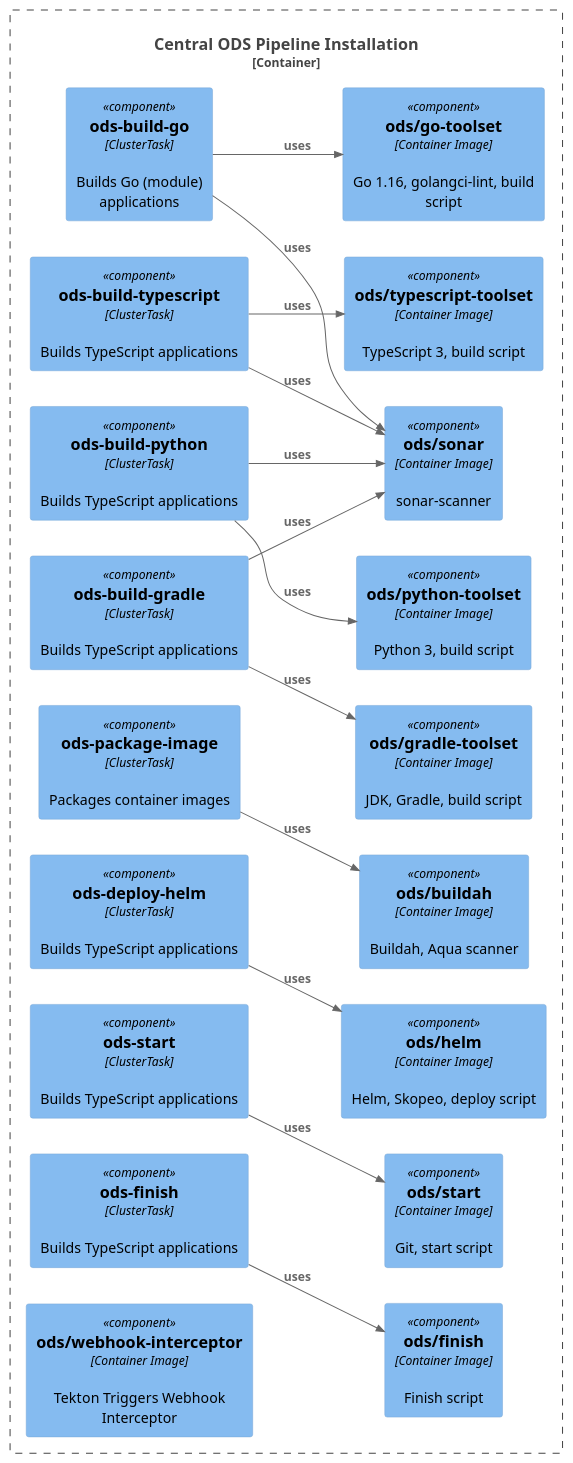
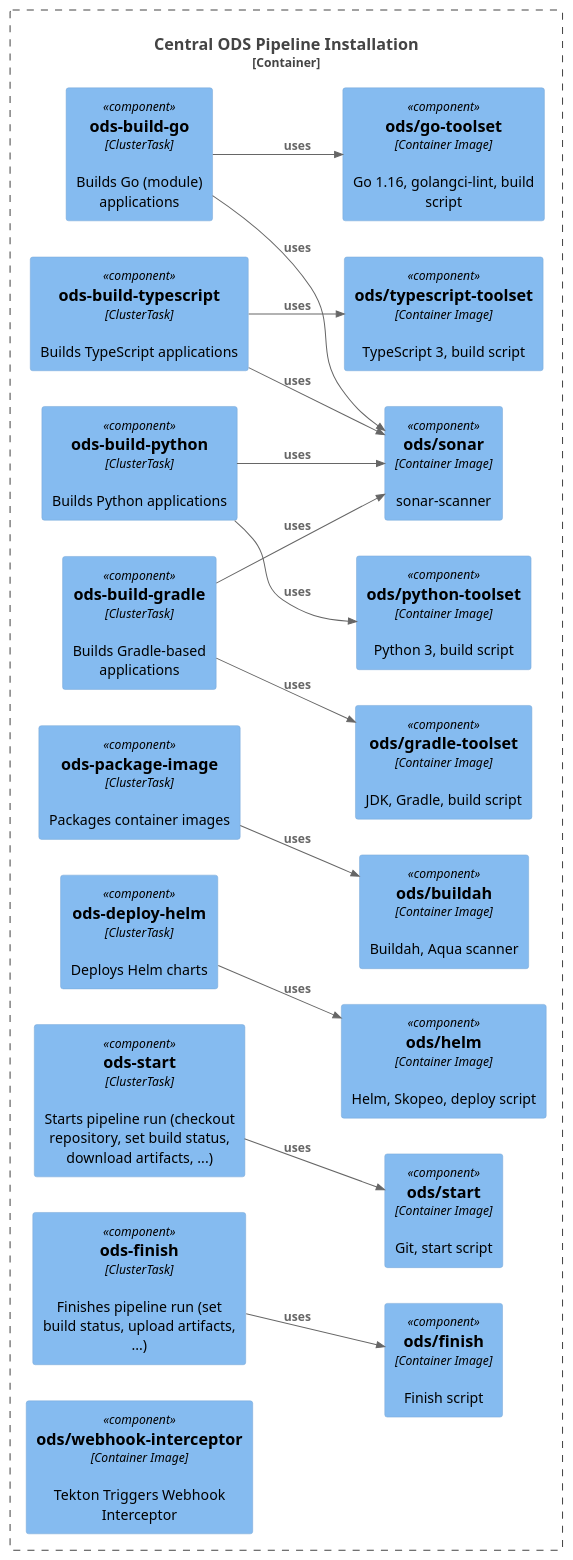
Before and after one commit to opendevstack/ods-pipeline: the diagram in docs/architecture/component-central-installation.puml, drawn with PlantUML.

Commit message:
Fix copy-paste errors in architecture doc
[ci skip]

```diff
--- a/docs/architecture/component-central-installation.puml
+++ b/docs/architecture/component-central-installation.puml
@@ -1,59 +1,59 @@
 @startuml "central-installation"
 !include https://raw.githubusercontent.com/plantuml-stdlib/C4-PlantUML/master/C4_Container.puml
 !include https://raw.githubusercontent.com/plantuml-stdlib/C4-PlantUML/master/C4_Component.puml
 ' uncomment the following line and comment the first to use locally
 ' !include C4_Container.puml
 
 LAYOUT_LEFT_RIGHT()
 
 Container_Boundary(c1, "Central ODS Pipeline Installation"){
     Component(task_build_go, "ods-build-go", "ClusterTask", "Builds Go (module) applications")
     Component(image_go_toolset, "ods/go-toolset", "Container Image", "Go 1.16, golangci-lint, build script")
 
     Component(task_build_typescript, "ods-build-typescript", "ClusterTask", "Builds TypeScript applications")
     Component(image_typescript_toolset, "ods/typescript-toolset", "Container Image", "TypeScript 3, build script")
 
-    Component(task_build_python, "ods-build-python", "ClusterTask", "Builds TypeScript applications")
+    Component(task_build_python, "ods-build-python", "ClusterTask", "Builds Python applications")
     Component(image_python_toolset, "ods/python-toolset", "Container Image", "Python 3, build script")
 
-    Component(task_build_gradle, "ods-build-gradle", "ClusterTask", "Builds TypeScript applications")
+    Component(task_build_gradle, "ods-build-gradle", "ClusterTask", "Builds Gradle-based applications")
     Component(image_gradle_toolset, "ods/gradle-toolset", "Container Image", "JDK, Gradle, build script")
 
     Component(task_package_image, "ods-package-image", "ClusterTask", "Packages container images")
     Component(image_buildah, "ods/buildah", "Container Image", "Buildah, Aqua scanner")
 
-    Component(task_deploy_helm, "ods-deploy-helm", "ClusterTask", "Builds TypeScript applications")
+    Component(task_deploy_helm, "ods-deploy-helm", "ClusterTask", "Deploys Helm charts")
     Component(image_helm, "ods/helm", "Container Image", "Helm, Skopeo, deploy script")
 
-    Component(task_start, "ods-start", "ClusterTask", "Builds TypeScript applications")
+    Component(task_start, "ods-start", "ClusterTask", "Starts pipeline run (checkout repository, set build status, download artifacts, ...)")
     Component(image_start, "ods/start", "Container Image", "Git, start script")
 
-    Component(task_finish, "ods-finish", "ClusterTask", "Builds TypeScript applications")
+    Component(task_finish, "ods-finish", "ClusterTask", "Finishes pipeline run (set build status, upload artifacts, ...)")
     Component(image_finish, "ods/finish", "Container Image", "Finish script")
 
     Component(image_sonar, "ods/sonar", "Container Image", "sonar-scanner")
 
     Component(image_webhook_interceptor, "ods/webhook-interceptor", "Container Image", "Tekton Triggers Webhook Interceptor")
 }
 
 Rel(task_build_go, image_go_toolset, "uses")
 Rel(task_build_go, image_sonar, "uses")
 
 Rel(task_build_typescript, image_typescript_toolset, "uses")
 Rel(task_build_typescript, image_sonar, "uses")
 
 Rel(task_build_python, image_python_toolset, "uses")
 Rel(task_build_python, image_sonar, "uses")
 
 Rel(task_build_gradle, image_gradle_toolset, "uses")
 Rel(task_build_gradle, image_sonar, "uses")
 
 Rel(task_package_image, image_buildah, "uses")
 
 Rel(task_deploy_helm, image_helm, "uses")
 
 Rel(task_start, image_start, "uses")
 
 Rel(task_finish, image_finish, "uses")
 
 @enduml
```
